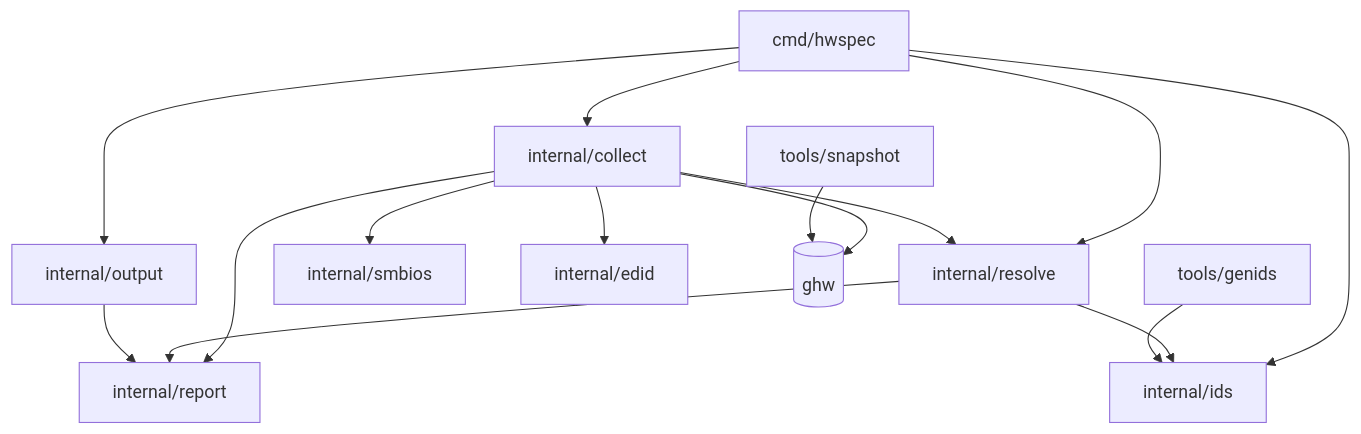
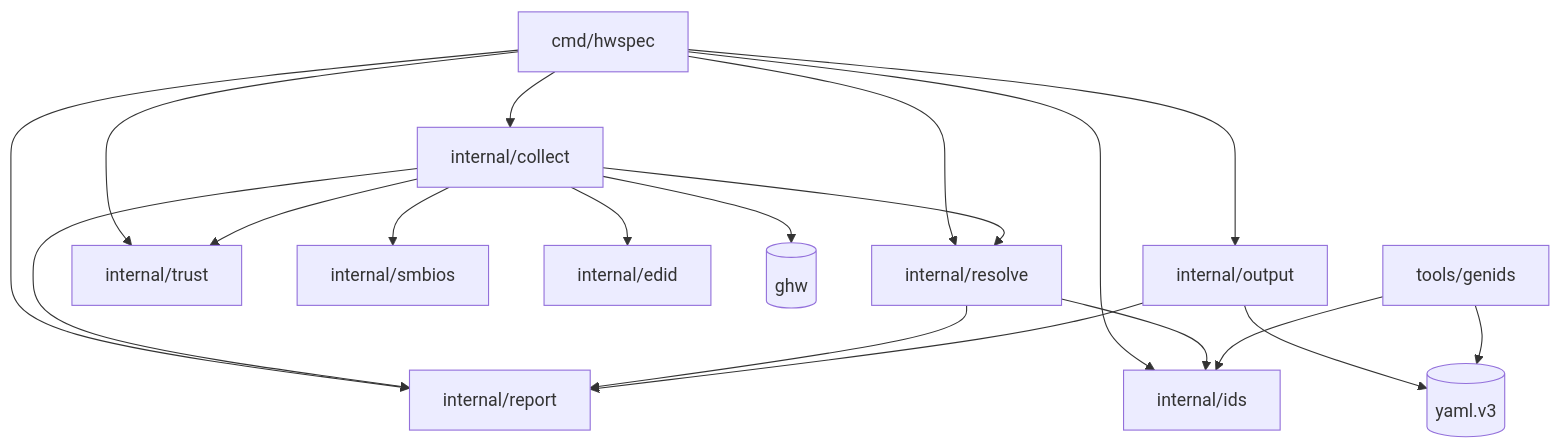
The second of 3 diagrams in ARCHITECTURE.md (MrBeldum/hwspec), drawn with Mermaid before and after one commit. The commit also changed other lines of this file and 10 other files, not shown here.

````diff
--- a/ARCHITECTURE.md
+++ b/ARCHITECTURE.md
@@ -40,13 +40,13 @@
 ```mermaid
 flowchart TD
-  cmd[cmd/hwspec] --> collect & resolve & output & ids
-  collect[internal/collect] --> report & resolve & smbios & edid & ghw[(ghw)]
+  cmd[cmd/hwspec] --> collect & resolve & output & ids & report & trust
+  collect[internal/collect] --> report & resolve & smbios & edid & trust & ghw[(ghw)]
   resolve[internal/resolve] --> ids & report
-  output[internal/output] --> report
-  genids[tools/genids] --> ids
-  snapshot[tools/snapshot] --> ghw
+  output[internal/output] --> report & yaml[(yaml.v3)]
+  genids[tools/genids] --> ids & yaml
   ids[internal/ids]
   report[internal/report]
   smbios[internal/smbios]
   edid[internal/edid]
+  trust[internal/trust]
 ```
````
